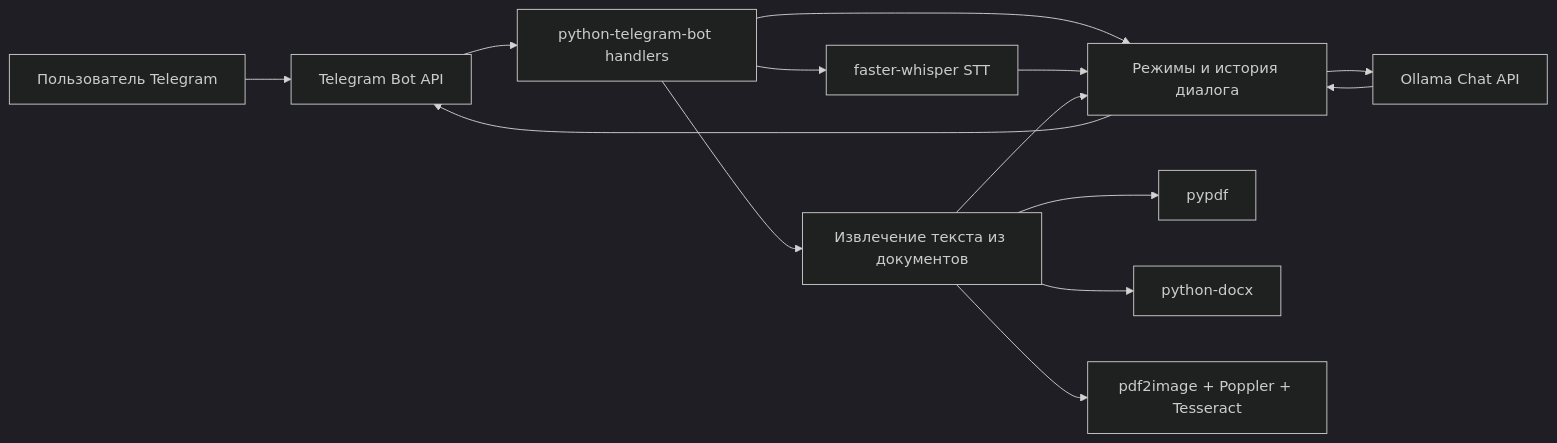
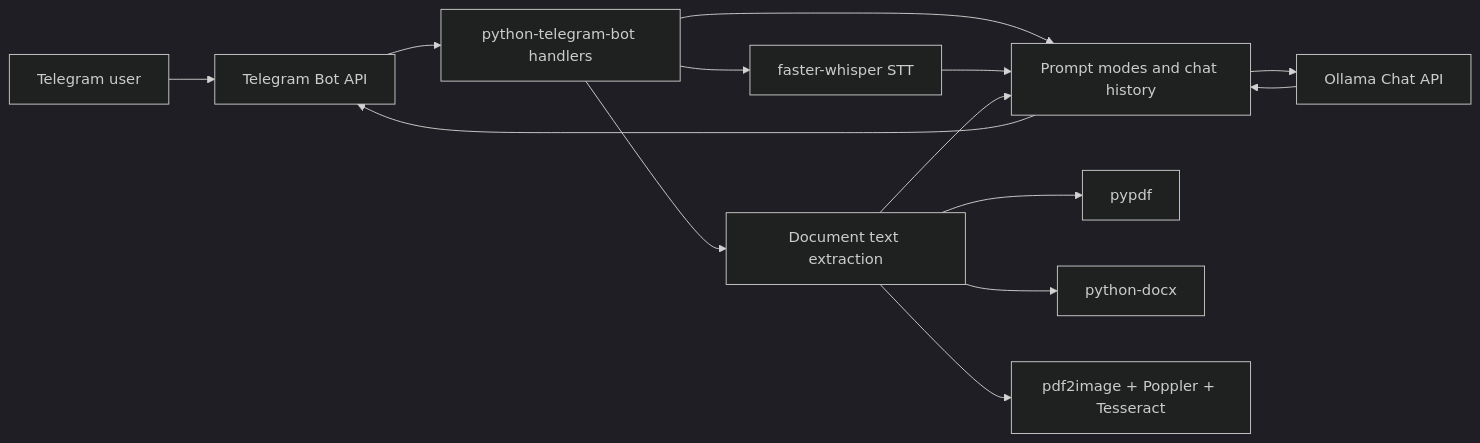
One commit to almiroshin/telegram-ollama-bot changed the diagram in docs/ARCHITECTURE.md. Above: the diagram before and after it, drawn with Mermaid (dark theme). The commit also changed other lines of this file and 4 other files, not shown here.

````diff
--- a/docs/ARCHITECTURE.md
+++ b/docs/ARCHITECTURE.md
@@ -9,16 +9,16 @@
 ```mermaid
 flowchart LR
-    U["Пользователь Telegram"] --> TG["Telegram Bot API"]
+    U["Telegram user"] --> TG["Telegram Bot API"]
     TG --> H["python-telegram-bot handlers"]
-    H --> M["Режимы и история диалога"]
+    H --> M["Prompt modes and chat history"]
     M --> O["Ollama Chat API"]
     O --> M
     H --> V["faster-whisper STT"]
-    H --> D["Извлечение текста из документов"]
+    H --> D["Document text extraction"]
     D --> PDF["pypdf"]
     D --> DOCX["python-docx"]
     D --> OCR["pdf2image + Poppler + Tesseract"]
     V --> M
     D --> M
     M --> TG
 ```
````
